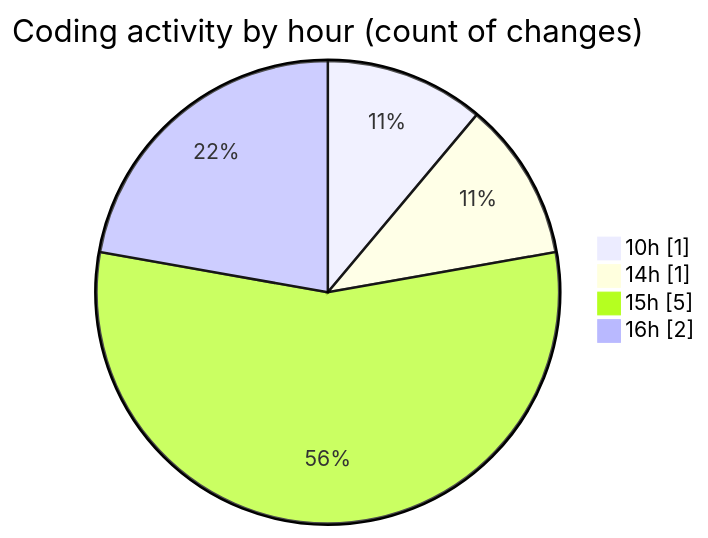
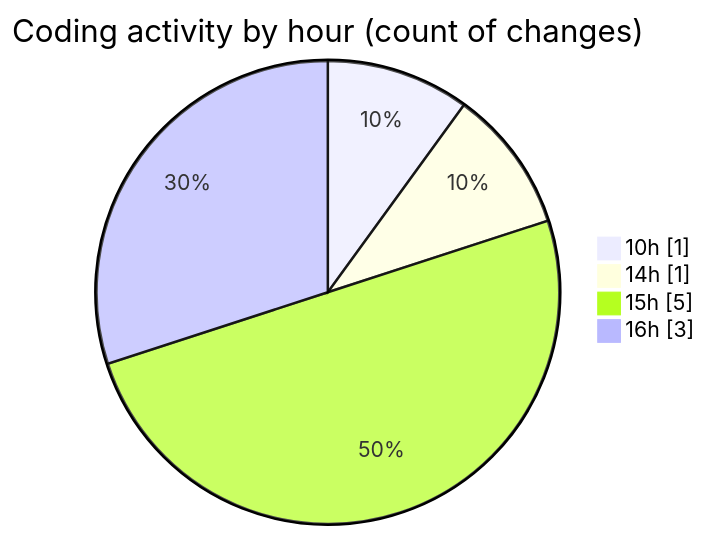
Before and after one commit to ricardozamudiocil/code-tracking: the second of 2 diagrams in 2026-07-14/cilapp/README.md, drawn with Mermaid. The commit also changed other lines of this file and 1 other file, not shown here.

````diff
--- a/2026-07-14/cilapp/README.md
+++ b/2026-07-14/cilapp/README.md
@@ -33,8 +35,8 @@
 ```mermaid
 pie showData
 title Coding activity by hour (count of changes)
 "10h" : 1
 "14h" : 1
 "15h" : 5
-"16h" : 2
+"16h" : 3
 ```
````
